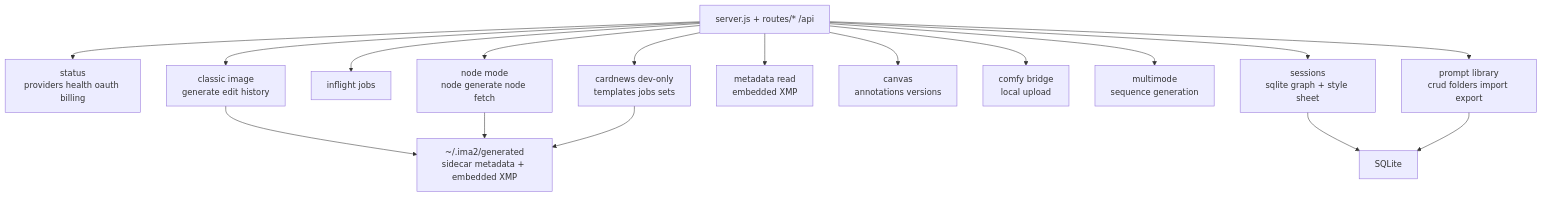
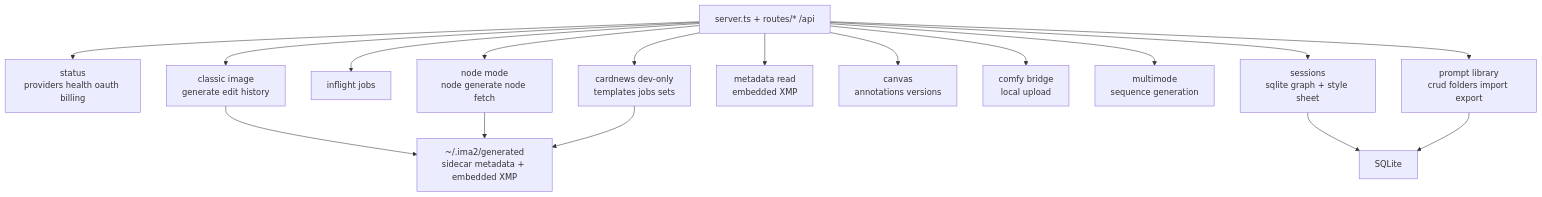
The diagram in structure/03-server-api.md (ChatPoongKun/ima2-gen), drawn with Mermaid before and after one commit. The commit also changed other lines of this file and 36 other files, not shown here.

````diff
--- a/structure/03-server-api.md
+++ b/structure/03-server-api.md
@@ -19,19 +19,19 @@
 ```mermaid
 graph TD
-    API["server.js + routes/* /api"] --> STATUS["status<br/>providers health oauth billing"]
+    API["server.ts + routes/* /api"] --> STATUS["status<br/>providers health oauth billing"]
     API --> IMG["classic image<br/>generate edit history"]
     API --> JOBS["inflight jobs"]
     API --> NODE["node mode<br/>node generate node fetch"]
     API --> SESS["sessions<br/>sqlite graph + style sheet"]
     API --> META["metadata read<br/>embedded XMP"]
     API --> CANVAS["canvas<br/>annotations versions"]
     API --> COMFY["comfy bridge<br/>local upload"]
     API --> MULTI["multimode<br/>sequence generation"]
     API --> PROMPTS["prompt library<br/>crud folders import export"]
     API --> CARD["cardnews dev-only<br/>templates jobs sets"]
     IMG --> FILES["~/.ima2/generated<br/>sidecar metadata + embedded XMP"]
     NODE --> FILES
     SESS --> DB["SQLite"]
     PROMPTS --> DB
     CARD --> FILES
 ```
````
